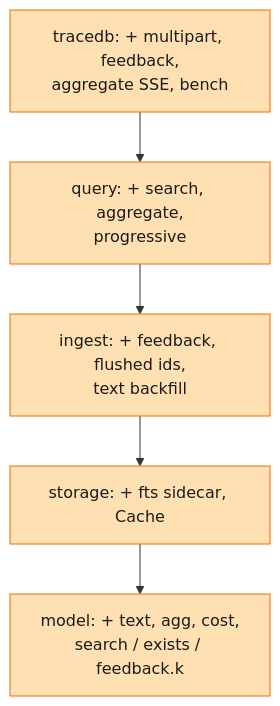
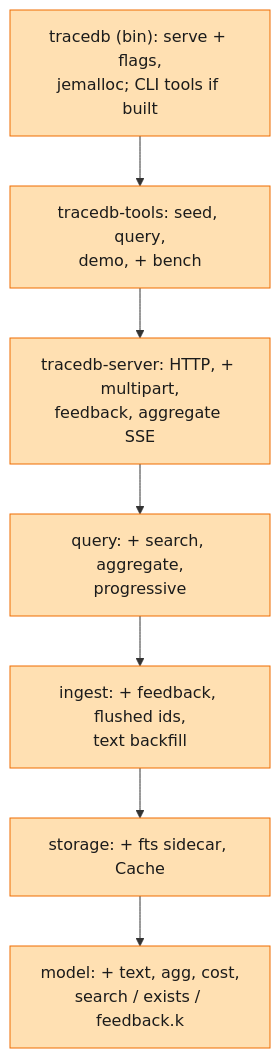
Before and after one commit to liukai/smithling: the sixth of 11 diagrams in specs/003-m3-search-aggregates-speed/starter-guide.md, drawn with Mermaid. The commit also changed other lines of this file and 27 other files, not shown here.

````diff
--- a/specs/003-m3-search-aggregates-speed/starter-guide.md
+++ b/specs/003-m3-search-aggregates-speed/starter-guide.md
@@ -137,12 +138,14 @@
 ```mermaid
 flowchart TB
-    A["tracedb: + multipart, feedback,<br/>aggregate SSE, bench"]:::revised
+    A["tracedb (bin): serve + flags,<br/>jemalloc; CLI tools if built"]:::revised
+    T["tracedb-tools: seed, query,<br/>demo, + bench"]:::revised
+    S["tracedb-server: HTTP, + multipart,<br/>feedback, aggregate SSE"]:::revised
     B["query: + search, aggregate,<br/>progressive"]:::revised
     C["ingest: + feedback, flushed ids,<br/>text backfill"]:::revised
     D["storage: + fts sidecar, Cache"]:::revised
     E["model: + text, agg, cost,<br/>search / exists / feedback.k"]:::revised
-    A --> B --> C --> D --> E
+    A --> T --> S --> B --> C --> D --> E
     classDef new fill:#c8e6c9,stroke:#2e7d32,color:#1b1b1b
     classDef revised fill:#ffe0b2,stroke:#ef6c00,color:#1b1b1b
     classDef old fill:#eeeeee,stroke:#9e9e9e,color:#1b1b1b
 ```
````
